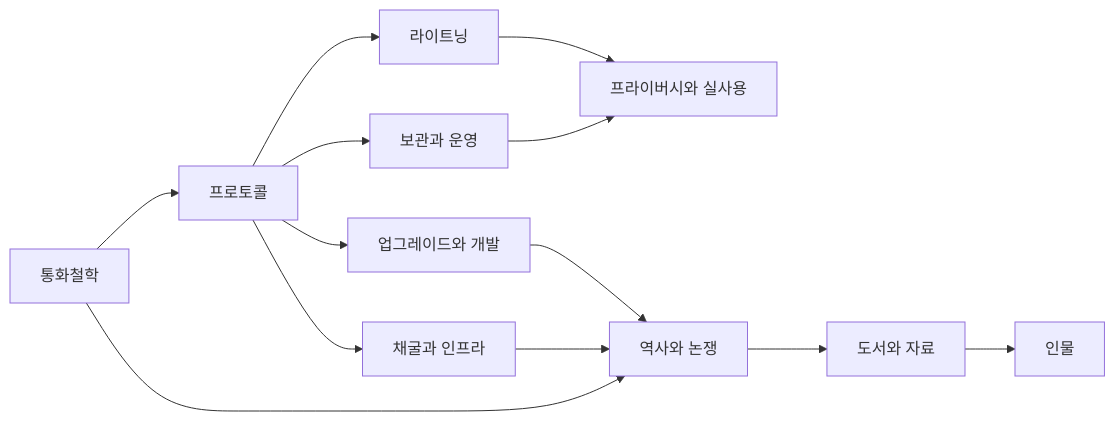
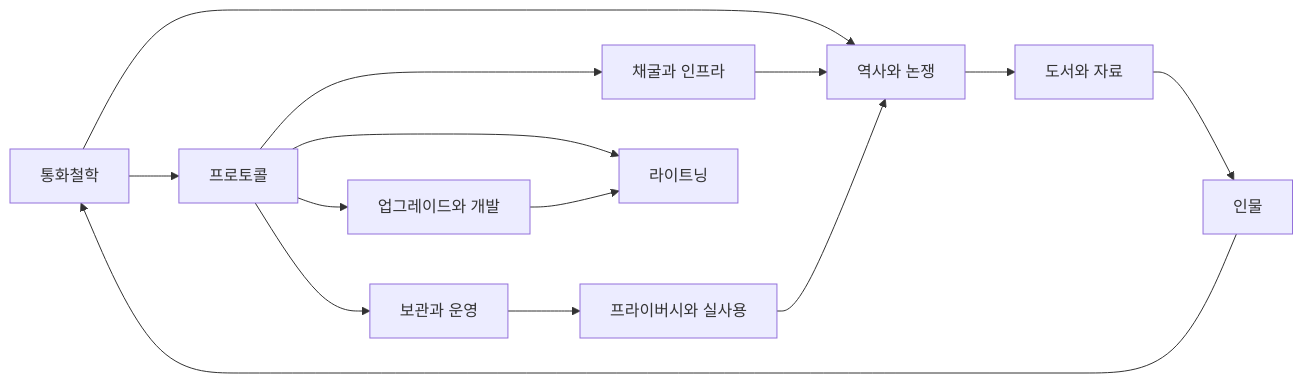
One commit to kokonuteagle/BITCOIN_wiki changed the diagram in content/index.md. Above: the diagram before and after it, drawn with Mermaid. The commit also changed other lines of this file and 6 other files, not shown here.

````diff
--- a/content/index.md
+++ b/content/index.md
@@ -21,15 +30,16 @@
 ```mermaid
 flowchart LR
     A[통화철학] --> B[프로토콜]
     B --> C[업그레이드와 개발]
     B --> D[보관과 운영]
     B --> E[채굴과 인프라]
-    B --> F[라이트닝]
-    D --> G[프라이버시와 실사용]
+    D --> F[프라이버시와 실사용]
+    B --> G[라이트닝]
+    C --> G
     A --> H[역사와 논쟁]
+    E --> H
+    F --> H
     H --> I[도서와 자료]
     I --> J[인물]
-    F --> G
-    E --> H
-    C --> H
+    J --> A
 ```
````
